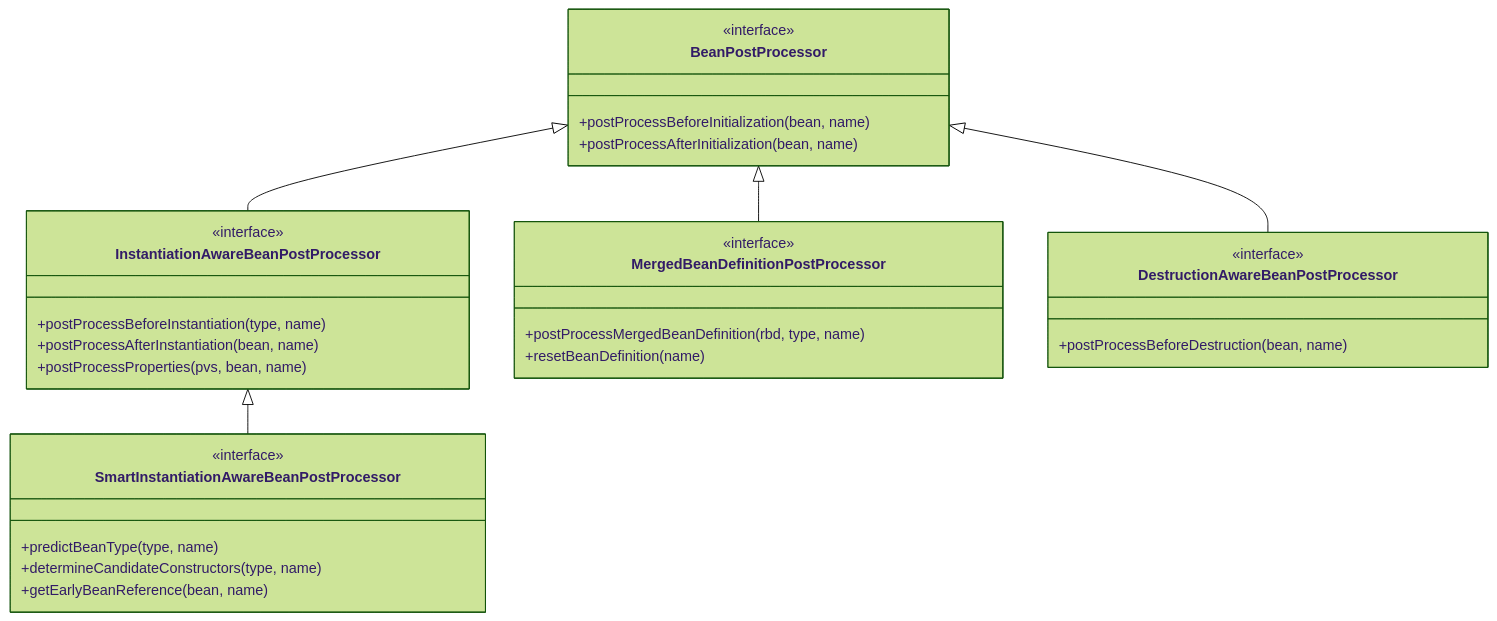
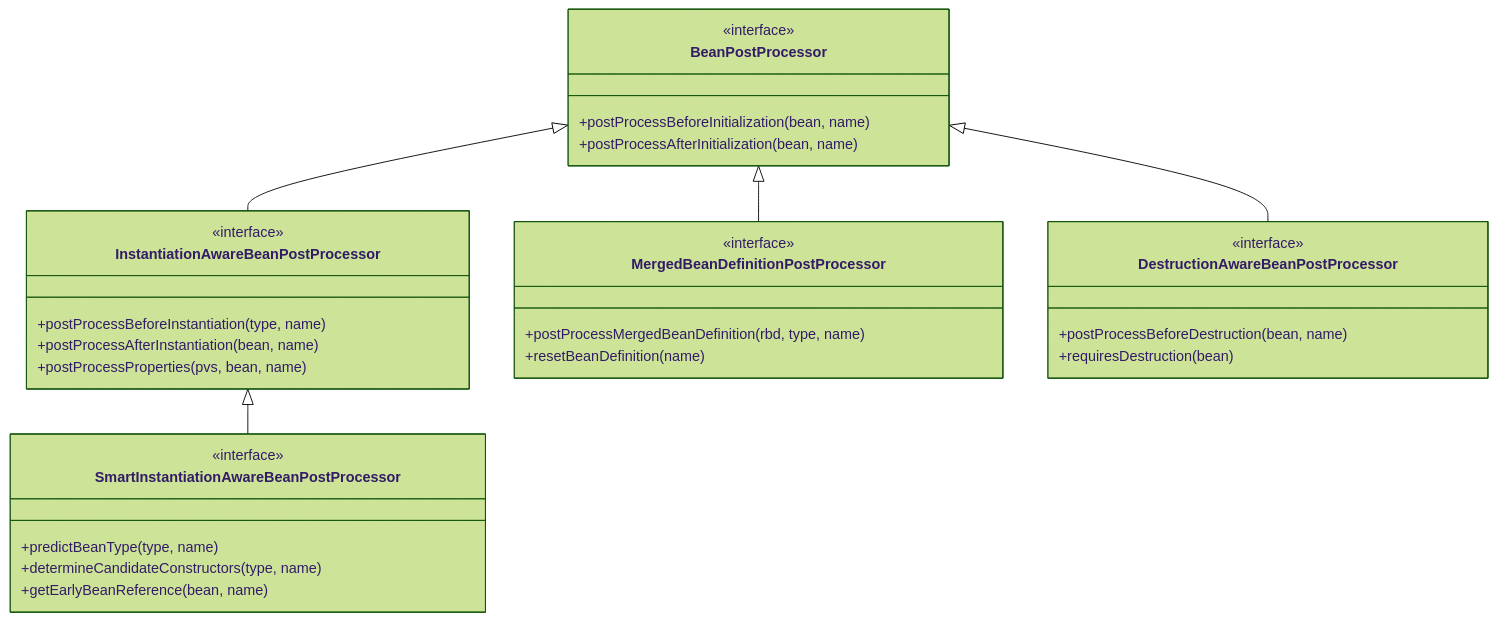
Before and after one commit to b1tzer/b1tzer.github.io: the second of 5 diagrams in docs/02-spring/01-核心基础/04-Spring扩展点详解.md, drawn with Mermaid (forest theme). The commit also changed other lines of this file and 10 other files, not shown here.

````diff
--- a/docs/02-spring/01-核心基础/04-Spring扩展点详解.md
+++ b/docs/02-spring/01-核心基础/04-Spring扩展点详解.md
@@ -164,33 +220,34 @@
 ```mermaid
 classDiagram
     class BeanPostProcessor {
         <<interface>>
         +postProcessBeforeInitialization(bean, name)
         +postProcessAfterInitialization(bean, name)
     }
     class InstantiationAwareBeanPostProcessor {
         <<interface>>
         +postProcessBeforeInstantiation(type, name)
         +postProcessAfterInstantiation(bean, name)
         +postProcessProperties(pvs, bean, name)
     }
     class SmartInstantiationAwareBeanPostProcessor {
         <<interface>>
         +predictBeanType(type, name)
         +determineCandidateConstructors(type, name)
         +getEarlyBeanReference(bean, name)
     }
     class MergedBeanDefinitionPostProcessor {
         <<interface>>
         +postProcessMergedBeanDefinition(rbd, type, name)
         +resetBeanDefinition(name)
     }
     class DestructionAwareBeanPostProcessor {
         <<interface>>
         +postProcessBeforeDestruction(bean, name)
+        +requiresDestruction(bean)
     }
     BeanPostProcessor <|-- InstantiationAwareBeanPostProcessor
     InstantiationAwareBeanPostProcessor <|-- SmartInstantiationAwareBeanPostProcessor
     BeanPostProcessor <|-- MergedBeanDefinitionPostProcessor
     BeanPostProcessor <|-- DestructionAwareBeanPostProcessor
 ```
````
